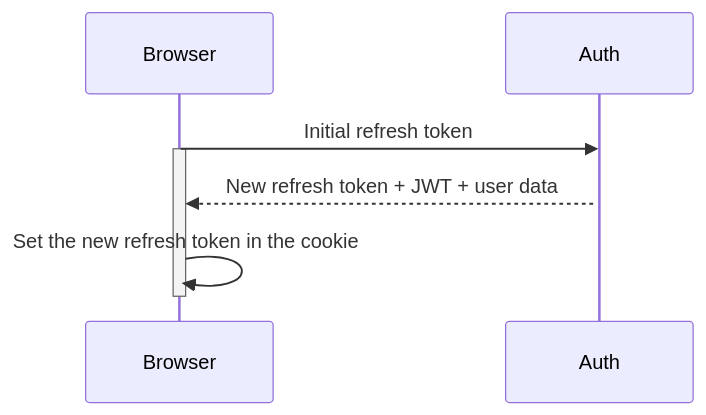
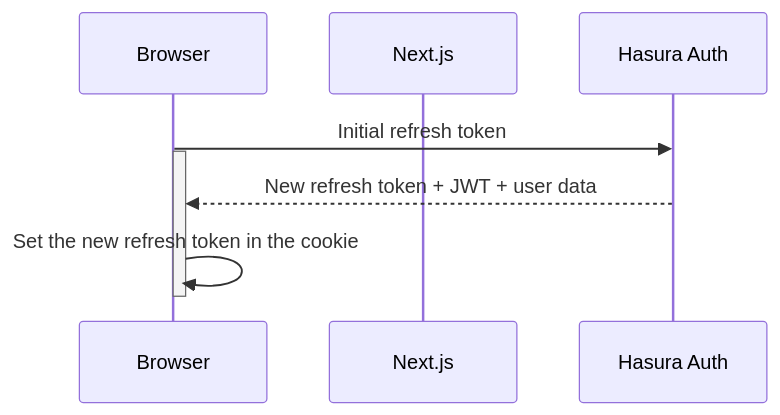
One commit to nhost/nhost changed the second of 4 diagrams in docs/content/docs/reference/nextjs/index.mdx. Above: the diagram before and after it, drawn with Mermaid. The commit also changed other lines of this file, not shown here.

Commit message:
docs: rework on mermaid diagrams

````diff
--- a/docs/content/docs/reference/nextjs/index.mdx
+++ b/docs/content/docs/reference/nextjs/index.mdx
@@ -36,9 +37,12 @@
 ```mermaid
 sequenceDiagram
-    Browser->>Auth: Initial refresh token
-    activate Browser
-    activate Auth
-    Auth-->>Browser: New refresh token + JWT + user data
-    Browser->>Browser: Set the new refresh token in the cookie
-    deactivate Browser
+    participant browser as Browser
+    participant next as Next.js
+    participant auth as Hasura Auth
+    browser->>auth: Initial refresh token
+    activate browser
+    activate browser
+    auth-->>browser: New refresh token + JWT + user data
+    browser->>browser: Set the new refresh token in the cookie
+    deactivate browser
 ```
````
